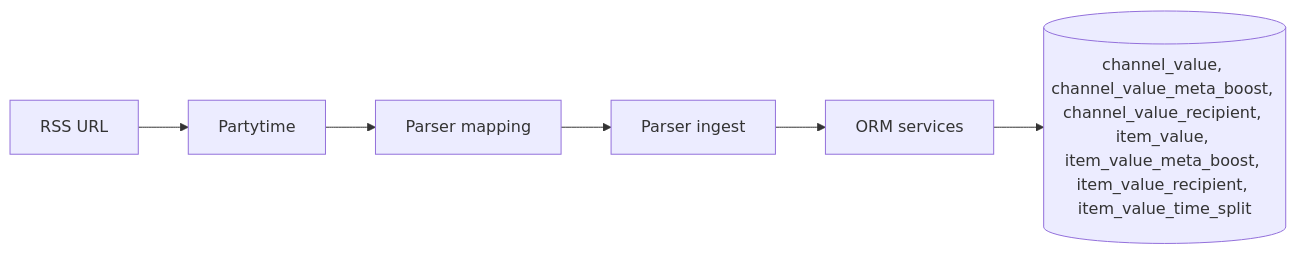
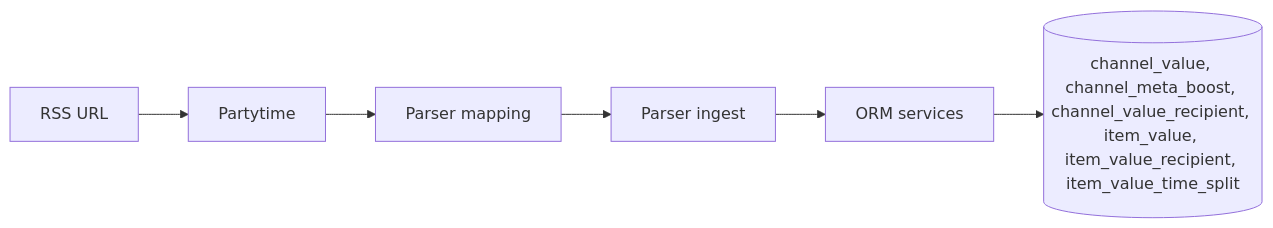
One commit to podverse/podverse changed the fifth of 7 diagrams in docs/v4v/bitcoin/lnd/V4V-BITCOIN-LN-SETUP-DIAGRAM.md. Above: the diagram before and after it, drawn with Mermaid. The commit also changed other lines of this file and 69 other files, not shown here.

First line of the commit message:
Refactor Boost payment flow to support single-send MB1 messaging

````diff
--- a/docs/v4v/bitcoin/lnd/V4V-BITCOIN-LN-SETUP-DIAGRAM.md
+++ b/docs/v4v/bitcoin/lnd/V4V-BITCOIN-LN-SETUP-DIAGRAM.md
@@ -163,11 +165,11 @@
 ```mermaid
 flowchart LR
   Feed[RSS URL]
   Partytime[Partytime]
   Mapping[Parser mapping]
   Parser[Parser ingest]
   ORM[ORM services]
-  DB[(channel_value, channel_value_meta_boost, channel_value_recipient, item_value, item_value_meta_boost, item_value_recipient, item_value_time_split)]
+  DB[(channel_value, channel_meta_boost, channel_value_recipient, item_value, item_value_recipient, item_value_time_split)]
 
   Feed --> Partytime --> Mapping --> Parser --> ORM --> DB
 ```
````
